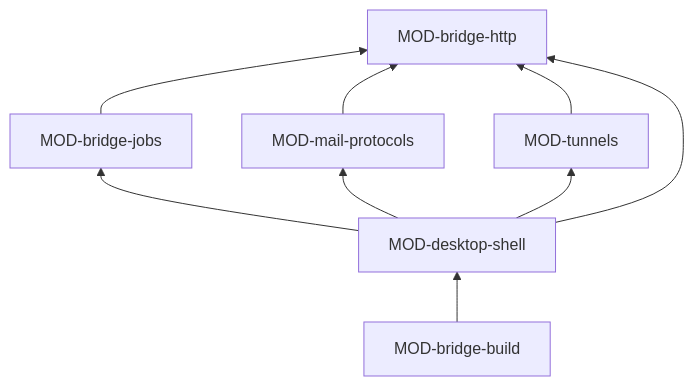
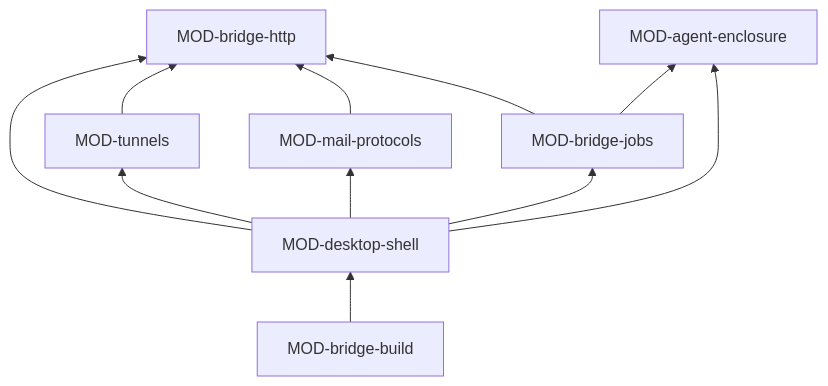
One commit to akmaier/agent-m changed the diagram in docs/architecture/ARC-040-the-bridge.md. Above: the diagram before and after it, drawn with Mermaid. The commit also changed other lines of this file and 7 other files, not shown here.

First line of the commit message:
architecture: the Bridge encloses the agents it starts (ARC-054, MOD-agent-enclosure)

````diff
--- a/docs/architecture/ARC-040-the-bridge.md
+++ b/docs/architecture/ARC-040-the-bridge.md
@@ -117,17 +119,20 @@
 ```mermaid
 flowchart BT
   BH[MOD-bridge-http]
   BJ[MOD-bridge-jobs]
   MP[MOD-mail-protocols]
   TU[MOD-tunnels]
   DS[MOD-desktop-shell]
   BB[MOD-bridge-build]
+  AE[MOD-agent-enclosure]
   BJ --> BH
   MP --> BH
   TU --> BH
   DS --> BH
   DS --> BJ
   DS --> MP
   DS --> TU
+  DS --> AE
+  BJ --> AE
   BB --> DS
 ```
````
